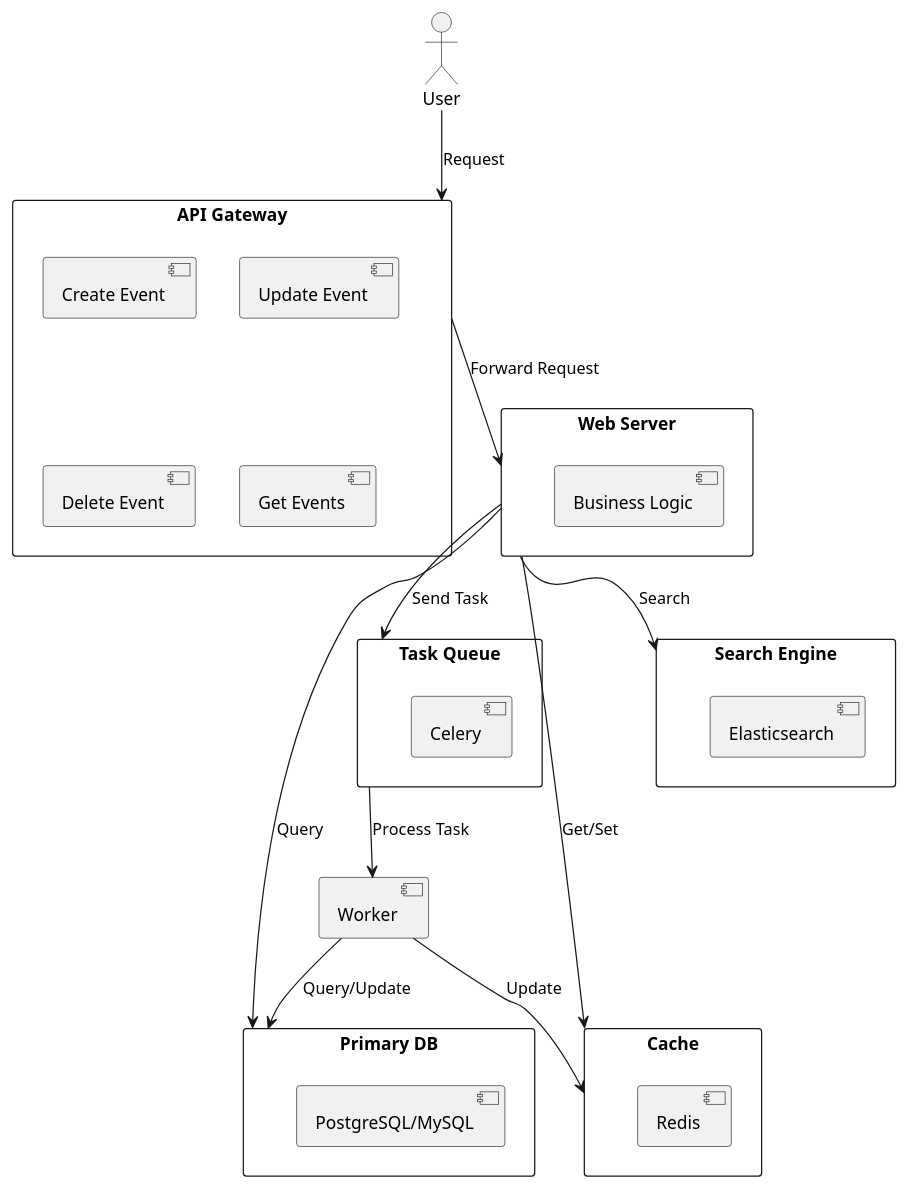
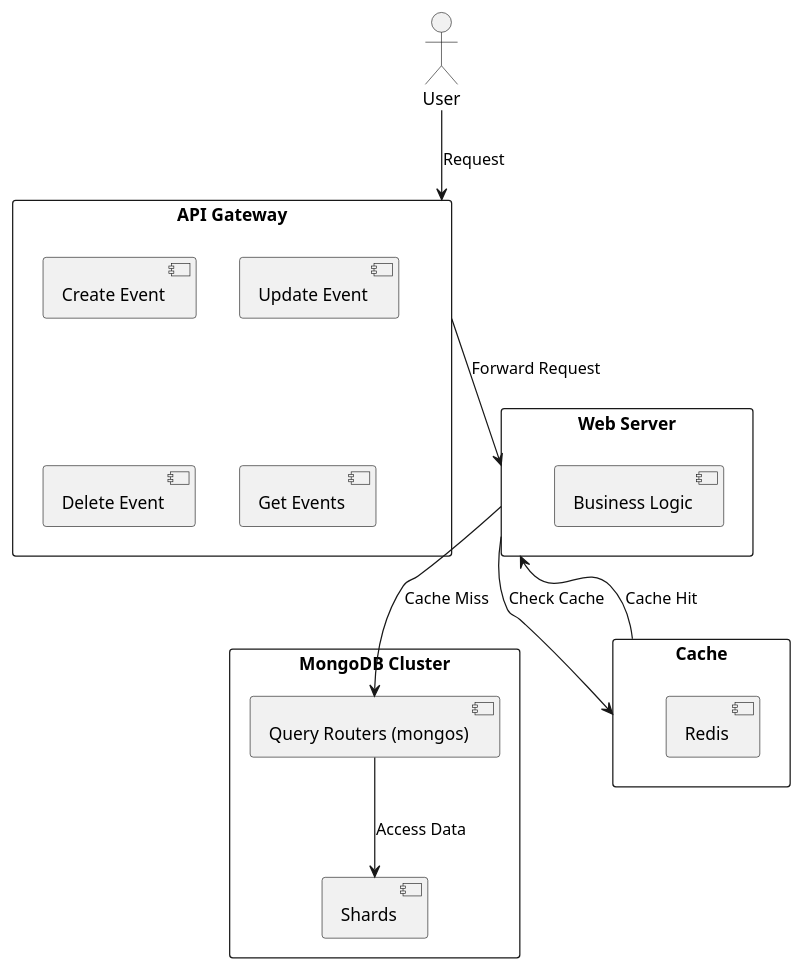
One commit to huangyingw/system_design changed the diagram in high_traffic_calendar/high_traffic_calendar_data_flow.puml. Above: the diagram before and after it, drawn with PlantUML.

```diff
--- a/high_traffic_calendar/high_traffic_calendar_data_flow.puml
+++ b/high_traffic_calendar/high_traffic_calendar_data_flow.puml
@@ -1,42 +1,32 @@
 @startuml
 
 actor User
 
 rectangle "API Gateway" {
   [Create Event]
   [Update Event]
   [Delete Event]
   [Get Events]
 }
 
 rectangle "Web Server" {
   [Business Logic]
 }
 
-rectangle "Primary DB" {
-  [PostgreSQL/MySQL]
+rectangle "MongoDB Cluster" {
+  [Query Routers (mongos)]
+  [Shards]
 }
 
 rectangle "Cache" {
   [Redis]
 }
 
-rectangle "Search Engine" {
-  [Elasticsearch]
-}
-
-rectangle "Task Queue" {
-  [Celery]
-}
-
-User --> [API Gateway]: Request
-[API Gateway] --> [Web Server]: Forward Request
-[Web Server] --> [Primary DB]: Query
-[Web Server] --> [Cache]: Get/Set
-[Web Server] --> [Search Engine]: Search
-[Web Server] --> [Task Queue]: Send Task
-[Task Queue] --> [Worker]: Process Task
-[Worker] --> [Primary DB]: Query/Update
-[Worker] --> [Cache]: Update
+User --> "API Gateway": Request
+"API Gateway" --> "Web Server": Forward Request
+"Web Server" --> "Cache": Check Cache
+"Cache" --> "Web Server": Cache Hit
+"Web Server" --> "Query Routers (mongos)": Cache Miss
+"Query Routers (mongos)" --> "Shards": Access Data
 
 @enduml
```
